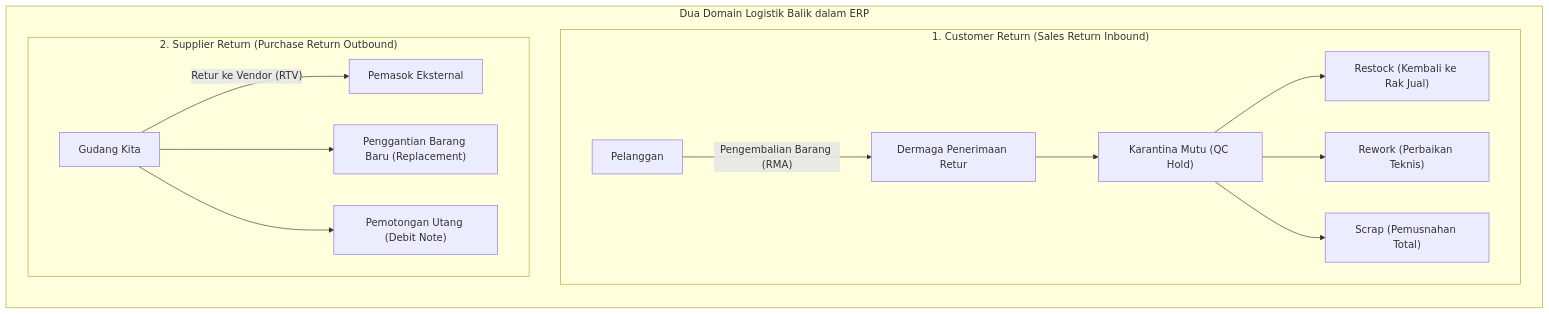
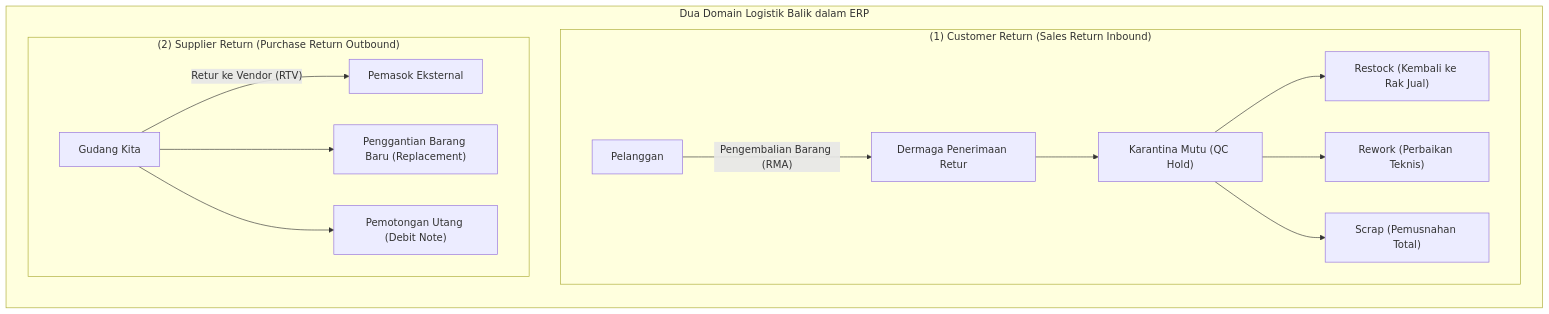
One commit to alimurrofid/erp-notes changed the first of 3 diagrams in content/05-inventory/inventory-return-and-reversal.md. Above: the diagram before and after it, drawn with Mermaid. The commit also changed other lines of this file and 132 other files, not shown here.

````diff
--- a/content/05-inventory/inventory-return-and-reversal.md
+++ b/content/05-inventory/inventory-return-and-reversal.md
@@ -26,19 +26,19 @@
 ```mermaid
 flowchart TD
     subgraph ReverseLogistics["Dua Domain Logistik Balik dalam ERP"]
         direction TB
-        subgraph InboundReturn["1. Customer Return (Sales Return Inbound)"]
+        subgraph InboundReturn["(1) Customer Return (Sales Return Inbound)"]
             Cust["Pelanggan"] -->|"Pengembalian Barang (RMA)"| Dock["Dermaga Penerimaan Retur"]
             Dock --> QC["Karantina Mutu (QC Hold)"]
             QC --> Disp1["Restock (Kembali ke Rak Jual)"]
             QC --> Disp2["Rework (Perbaikan Teknis)"]
             QC --> Disp3["Scrap (Pemusnahan Total)"]
         end
 
-        subgraph OutboundReturn["2. Supplier Return (Purchase Return Outbound)"]
+        subgraph OutboundReturn["(2) Supplier Return (Purchase Return Outbound)"]
             WH["Gudang Kita"] -->|"Retur ke Vendor (RTV)"| Supp["Pemasok Eksternal"]
             WH --> RepSupp["Penggantian Barang Baru (Replacement)"]
             WH --> DNSell["Pemotongan Utang (Debit Note)"]
         end
     end
 ```
````
